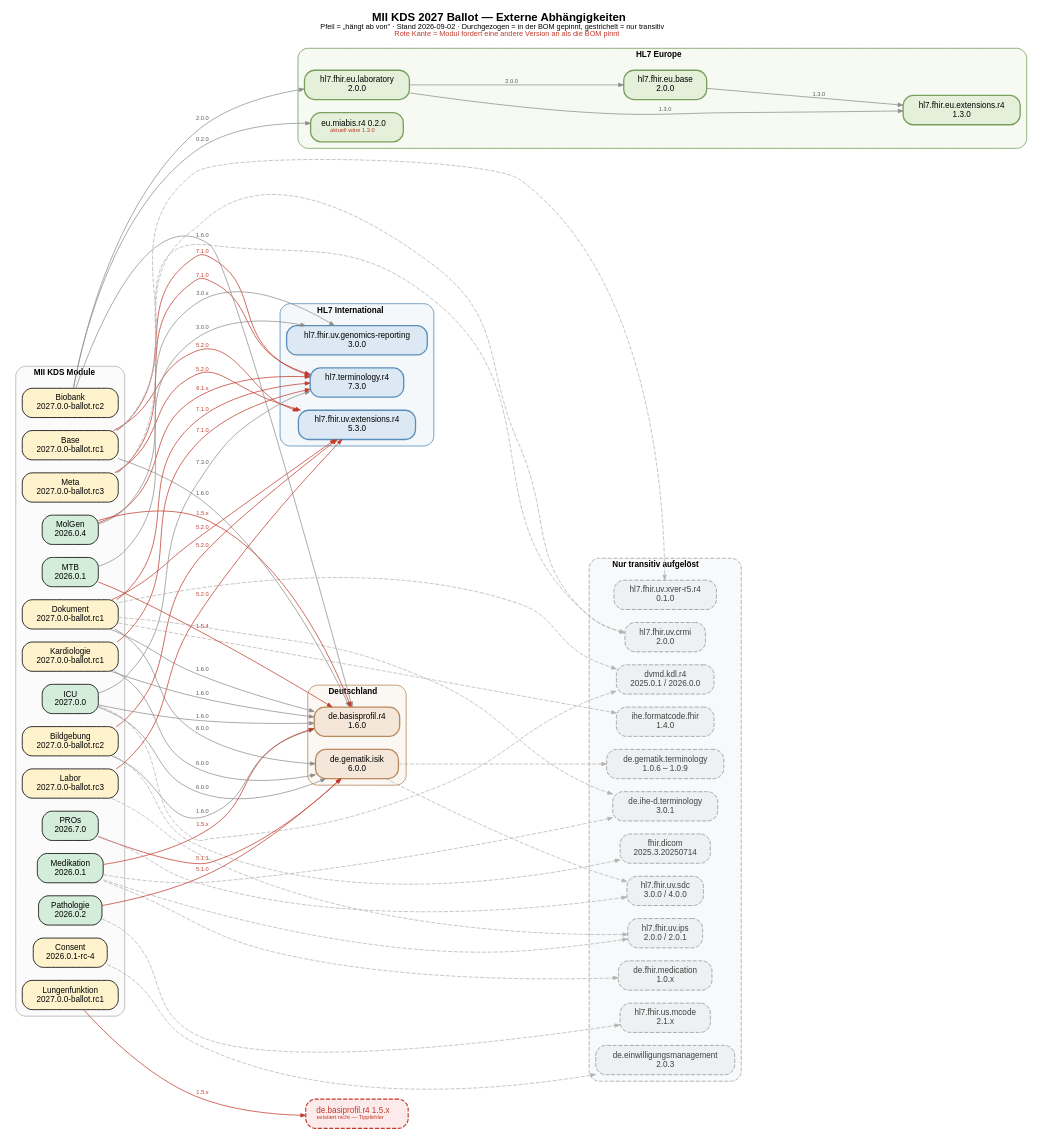
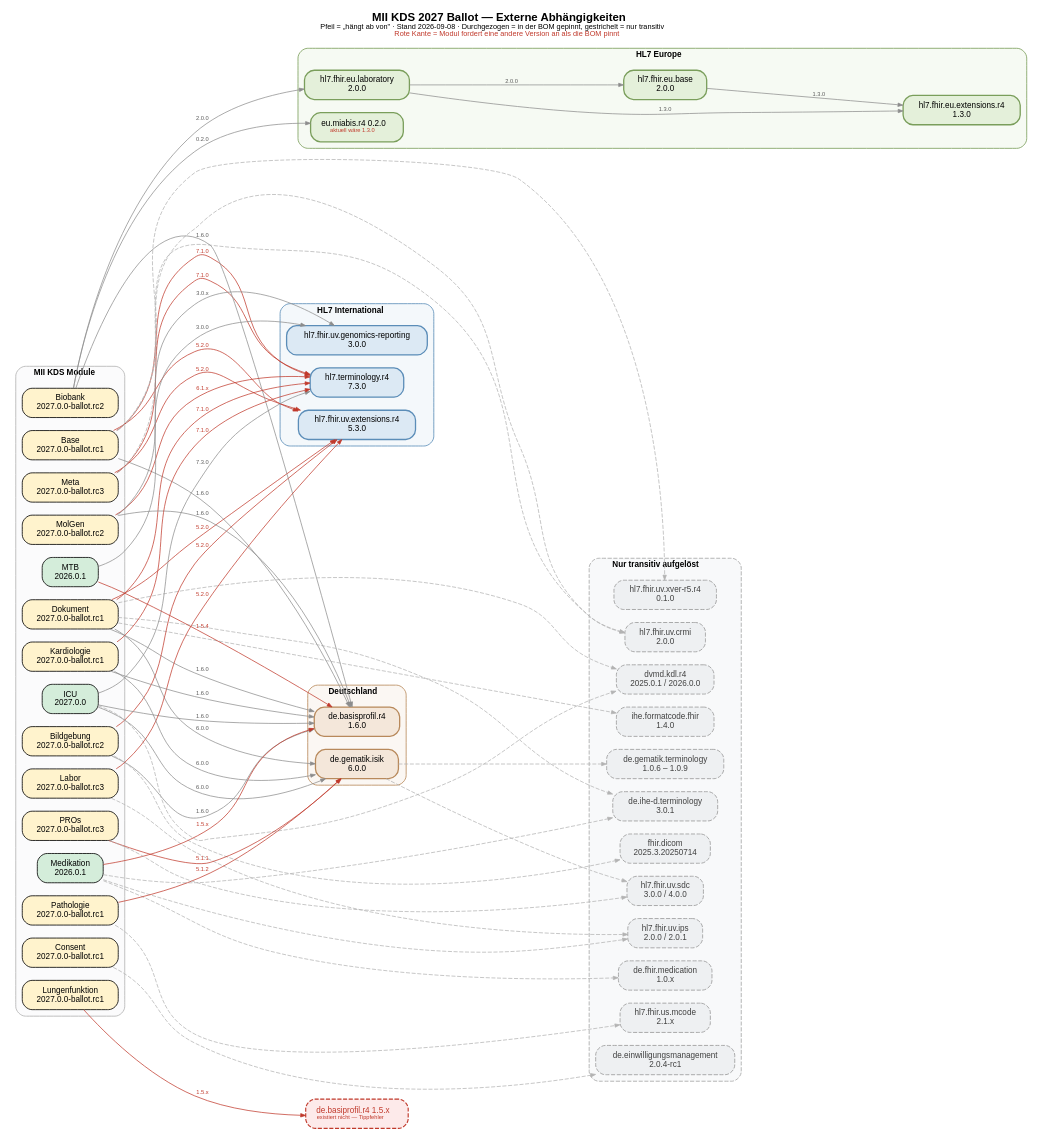
Before and after one commit to medizininformatik-initiative/kerndatensatz-complete: the diagram in dep-graph-2027-extern.dot, drawn with Graphviz. The commit also changed 11 other files, not shown here.

First line of the commit message:
BOM 2027.0.0-ballot.2: vier Module auf die Ballot-Linie nachgezogen

```diff
--- a/dep-graph-2027-extern.dot
+++ b/dep-graph-2027-extern.dot
@@ -1,163 +1,163 @@
 // MII KDS 2027 Ballot — Externe Abhängigkeiten
 //
 // Quelle:     dep-graph-2027-extern.dot
 // Generiert:  dot -Tpng dep-graph-2027-extern.dot -o input/images/dep-graph-2027-extern.png
 //             dot -Tsvg dep-graph-2027-extern.dot -o input/images/dep-graph-2027-extern.svg
 //
 // Kästen:  durchgezogen = in der BOM gepinnt · gestrichelt = nur transitiv aufgelöst
 // Kanten:  Beschriftung = Version, die das Modul deklariert
 //          rot = weicht von der BOM-Pinnung ab
 
 digraph MII_KDS_2027_Extern {
     rankdir=LR;
     bgcolor="white";
     fontname="Helvetica";
     node [shape=box, style="rounded,filled", fontname="Helvetica", fontsize=10, margin="0.18,0.09"];
     edge [color="gray55", arrowsize=0.6, penwidth=0.9, fontname="Helvetica", fontsize=7, fontcolor="gray35"];
     nodesep=0.22;
     ranksep=2.6;
 
     labelloc="t";
-    label=<<B>MII KDS 2027 Ballot — Externe Abhängigkeiten</B><BR/><FONT POINT-SIZE="9">Pfeil = „hängt ab von" · Stand 2026-09-02 · Durchgezogen = in der BOM gepinnt, gestrichelt = nur transitiv<BR/><FONT COLOR="#c0392b">Rote Kante = Modul fordert eine andere Version an als die BOM pinnt</FONT></FONT>>;
+    label=<<B>MII KDS 2027 Ballot — Externe Abhängigkeiten</B><BR/><FONT POINT-SIZE="9">Pfeil = „hängt ab von" · Stand 2026-09-08 · Durchgezogen = in der BOM gepinnt, gestrichelt = nur transitiv<BR/><FONT COLOR="#c0392b">Rote Kante = Modul fordert eine andere Version an als die BOM pinnt</FONT></FONT>>;
     fontsize=14;
 
     // ════════════ MII-Module ════════════
     subgraph cluster_mii {
         label=<<B>MII KDS Module</B>>;
         style="rounded"; color="gray70"; bgcolor="#fbfbfc"; fontsize=10;
 
         m_base   [label="Base\n2027.0.0-ballot.rc1", fillcolor="#fff3cd"];
         m_meta   [label="Meta\n2027.0.0-ballot.rc3", fillcolor="#fff3cd"];
         m_bio    [label="Biobank\n2027.0.0-ballot.rc2", fillcolor="#fff3cd"];
         m_dok    [label="Dokument\n2027.0.0-ballot.rc1", fillcolor="#fff3cd"];
         m_bild   [label="Bildgebung\n2027.0.0-ballot.rc2", fillcolor="#fff3cd"];
         m_icu    [label="ICU\n2027.0.0", fillcolor="#d4edda"];
         m_labor  [label="Labor\n2027.0.0-ballot.rc3", fillcolor="#fff3cd"];
         m_medi   [label="Medikation\n2026.0.1", fillcolor="#d4edda"];
-        m_molgen [label="MolGen\n2026.0.4", fillcolor="#d4edda"];
+        m_molgen [label="MolGen\n2027.0.0-ballot.rc2", fillcolor="#fff3cd"];
         m_mtb    [label="MTB\n2026.0.1", fillcolor="#d4edda"];
-        m_patho  [label="Pathologie\n2026.0.2", fillcolor="#d4edda"];
-        m_pros   [label="PROs\n2026.7.0", fillcolor="#d4edda"];
-        m_cons   [label="Consent\n2026.0.1-rc-4", fillcolor="#fff3cd"];
+        m_patho  [label="Pathologie\n2027.0.0-ballot.rc1", fillcolor="#fff3cd"];
+        m_pros   [label="PROs\n2027.0.0-ballot.rc3", fillcolor="#fff3cd"];
+        m_cons   [label="Consent\n2027.0.0-ballot.rc1", fillcolor="#fff3cd"];
         m_kard   [label="Kardiologie\n2027.0.0-ballot.rc1", fillcolor="#fff3cd"];
         m_lufu   [label="Lungenfunktion\n2027.0.0-ballot.rc1", fillcolor="#fff3cd"];
     }
 
     // ════════════ Gepinnt: HL7 International ════════════
     subgraph cluster_hl7 {
         label=<<B>HL7 International</B>>;
         style="rounded"; color="#5b8db8"; bgcolor="#f4f8fb"; fontsize=10;
 
         tho  [label="hl7.terminology.r4\n7.3.0",            fillcolor="#dce9f4", color="#5b8db8", penwidth=1.6];
         ext  [label="hl7.fhir.uv.extensions.r4\n5.3.0",     fillcolor="#dce9f4", color="#5b8db8", penwidth=1.6];
         geno [label="hl7.fhir.uv.genomics-reporting\n3.0.0", fillcolor="#dce9f4", color="#5b8db8", penwidth=1.6];
     }
 
     // ════════════ Gepinnt: HL7 Europe ════════════
     subgraph cluster_eu {
         label=<<B>HL7 Europe</B>>;
         style="rounded"; color="#7a9e5b"; bgcolor="#f6faf3"; fontsize=10;
 
         eubase [label="hl7.fhir.eu.base\n2.0.0",         fillcolor="#e4f0da", color="#7a9e5b", penwidth=1.6];
         eulab  [label="hl7.fhir.eu.laboratory\n2.0.0",   fillcolor="#e4f0da", color="#7a9e5b", penwidth=1.6];
         euext  [label="hl7.fhir.eu.extensions.r4\n1.3.0", fillcolor="#e4f0da", color="#7a9e5b", penwidth=1.6];
         miabis [label=<eu.miabis.r4 0.2.0<BR/><FONT POINT-SIZE="7" COLOR="#c0392b">aktuell wäre 1.3.0</FONT>>, fillcolor="#e4f0da", color="#7a9e5b", penwidth=1.6];
     }
 
     // ════════════ Gepinnt: Deutschland ════════════
     subgraph cluster_de {
         label=<<B>Deutschland</B>>;
         style="rounded"; color="#b8895b"; bgcolor="#fbf7f3"; fontsize=10;
 
         basis [label="de.basisprofil.r4\n1.6.0",  fillcolor="#f4e7da", color="#b8895b", penwidth=1.6];
         isik  [label="de.gematik.isik\n6.0.0",    fillcolor="#f4e7da", color="#b8895b", penwidth=1.6];
     }
 
     // ════════════ Nur transitiv ════════════
     subgraph cluster_trans {
         label=<<B>Nur transitiv aufgelöst</B>>;
         style="rounded,dashed"; color="gray65"; bgcolor="#f8f9fa"; fontsize=10;
 
         node [style="rounded,filled,dashed", fillcolor="#eef0f2", color="gray60", fontcolor="gray25"];
         ips   [label="hl7.fhir.uv.ips\n2.0.0 / 2.0.1"];
         sdc   [label="hl7.fhir.uv.sdc\n3.0.0 / 4.0.0"];
         mcode [label="hl7.fhir.us.mcode\n2.1.x"];
         crmi  [label="hl7.fhir.uv.crmi\n2.0.0"];
         xver  [label="hl7.fhir.uv.xver-r5.r4\n0.1.0"];
         dicom [label="fhir.dicom\n2025.3.20250714"];
         kdl   [label="dvmd.kdl.r4\n2025.0.1 / 2026.0.0"];
         ihed  [label="de.ihe-d.terminology\n3.0.1"];
         fmt   [label="ihe.formatcode.fhir\n1.4.0"];
         demed [label="de.fhir.medication\n1.0.x"];
-        einw  [label="de.einwilligungsmanagement\n2.0.3"];
+        einw  [label="de.einwilligungsmanagement\n2.0.4-rc1"];
         gtermi[label="de.gematik.terminology\n1.0.6 – 1.0.9"];
     }
 
     // ════════════ Nicht aufloesbar ════════════
     basitypo [label=<de.basiprofil.r4 1.5.x<BR/><FONT POINT-SIZE="7">existiert nicht — Tippfehler</FONT>>, shape=box, style="rounded,filled,dashed", fillcolor="#fdeaea", color="#c0392b", fontcolor="#c0392b", penwidth=1.4];
 
     // ════════════ Kanten: Terminology ════════════
     m_icu -> tho [label="7.3.0"];
     m_base -> tho [label="7.1.0", color="#c0392b", fontcolor="#c0392b"];
     m_meta -> tho [label="7.1.0", color="#c0392b", fontcolor="#c0392b"];
     m_dok  -> tho [label="7.1.0", color="#c0392b", fontcolor="#c0392b"];
     m_molgen -> tho [label="6.1.x", color="#c0392b", fontcolor="#c0392b"];
 
     // ════════════ Kanten: Extensions ════════════
     m_base  -> ext [label="5.2.0", color="#c0392b", fontcolor="#c0392b"];
     m_meta  -> ext [label="5.2.0", color="#c0392b", fontcolor="#c0392b"];
     m_labor -> ext [label="5.2.0", color="#c0392b", fontcolor="#c0392b"];
     m_dok   -> ext [label="5.2.0", color="#c0392b", fontcolor="#c0392b"];
     m_bild  -> ext [label="5.2.0", color="#c0392b", fontcolor="#c0392b"];
 
     // ════════════ Kanten: Clinical Genomics ════════════
     m_molgen -> geno [label="3.0.x"];
     m_mtb    -> geno [label="3.0.0"];
 
     // ════════════ Kanten: EU ════════════
     m_bio -> eulab  [label="2.0.0"];
     m_bio -> miabis [label="0.2.0"];
     eulab -> eubase [label="2.0.0"];
     eulab -> euext  [label="1.3.0"];
     eubase -> euext [label="1.3.0"];
 
     // ════════════ Kanten: Deutschland ════════════
     m_base -> basis [label="1.6.0"];
     m_bio  -> basis [label="1.6.0"];
     m_icu  -> basis [label="1.6.0"];
     m_bild -> basis [label="1.6.0"];
     m_dok  -> basis [label="1.6.0"];
     m_medi -> basis [label="1.5.x", color="#c0392b", fontcolor="#c0392b"];
-    m_molgen -> basis [label="1.5.x", color="#c0392b", fontcolor="#c0392b"];
+    m_molgen -> basis [label="1.6.0"];
     m_mtb  -> basis [label="1.5.4", color="#c0392b", fontcolor="#c0392b"];
 
     m_icu   -> isik [label="6.0.0"];
     m_dok   -> isik [label="6.0.0"];
-    m_patho -> isik [label="5.1.0", color="#c0392b", fontcolor="#c0392b"];
+    m_patho -> isik [label="5.1.2", color="#c0392b", fontcolor="#c0392b"];
     m_pros  -> isik [label="5.1.1", color="#c0392b", fontcolor="#c0392b"];
 
     // ════════════ Kanten: transitiv ════════════
     m_labor -> ips   [style=dashed, color="gray70"];
     m_medi  -> ips   [style=dashed, color="gray70"];
     m_pros  -> sdc   [style=dashed, color="gray70"];
     isik    -> sdc   [style=dashed, color="gray70"];
     m_patho -> mcode [style=dashed, color="gray70"];
     m_base  -> crmi  [style=dashed, color="gray70"];
     m_meta  -> crmi  [style=dashed, color="gray70"];
     m_base  -> xver  [style=dashed, color="gray70"];
     m_bild  -> dicom [style=dashed, color="gray70"];
     m_dok   -> kdl   [style=dashed, color="gray70"];
     m_icu   -> kdl   [style=dashed, color="gray70"];
     m_dok   -> ihed  [style=dashed, color="gray70"];
     m_medi  -> ihed  [style=dashed, color="gray70"];
     m_dok   -> fmt   [style=dashed, color="gray70"];
     m_medi  -> demed [style=dashed, color="gray70"];
     m_cons  -> einw  [style=dashed, color="gray70"];
     isik    -> gtermi[style=dashed, color="gray70"];
 
     // ════════════ Kanten: neue Ballot-Module ════════════
     m_kard -> basis [label="1.6.0"];
     m_kard -> isik  [label="6.0.0"];
     m_kard -> tho   [label="7.1.0", color="#c0392b", fontcolor="#c0392b"];
     m_lufu -> basitypo [label="1.5.x", color="#c0392b", fontcolor="#c0392b"];
 }
```
